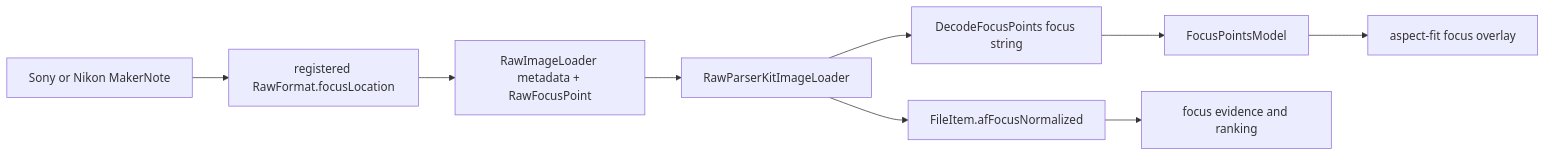
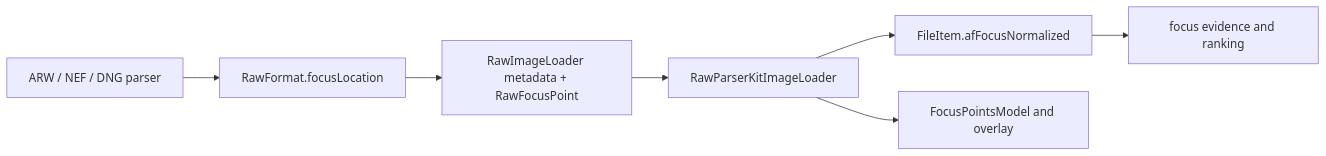
Before and after one commit to rsyncOSX/TechDocRawcull: the diagram in content/en/docs/sonymakernoteparser.md, drawn with Mermaid. The commit also changed other lines of this file and 36 other files, not shown here.

````diff
--- a/content/en/docs/sonymakernoteparser.md
+++ b/content/en/docs/sonymakernoteparser.md
@@ -48,11 +49,9 @@
 ```mermaid
 flowchart LR
-    Maker["Sony or Nikon MakerNote"] --> Format["registered RawFormat.focusLocation"]
+    Parser["ARW / NEF / DNG parser"] --> Format["RawFormat.focusLocation"]
     Format --> Meta["RawImageLoader metadata + RawFocusPoint"]
     Meta --> Adapter["RawParserKitImageLoader"]
     Adapter --> Item["FileItem.afFocusNormalized"]
-    Adapter --> Legacy["DecodeFocusPoints focus string"]
-    Legacy --> Focus["FocusPointsModel"]
-    Focus --> Overlay["aspect-fit focus overlay"]
+    Adapter --> Overlay["FocusPointsModel and overlay"]
     Item --> Analysis["focus evidence and ranking"]
 ```
````
